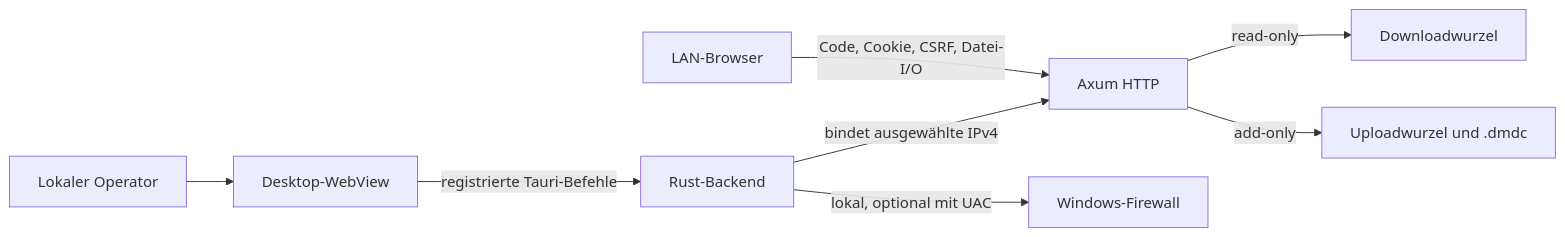
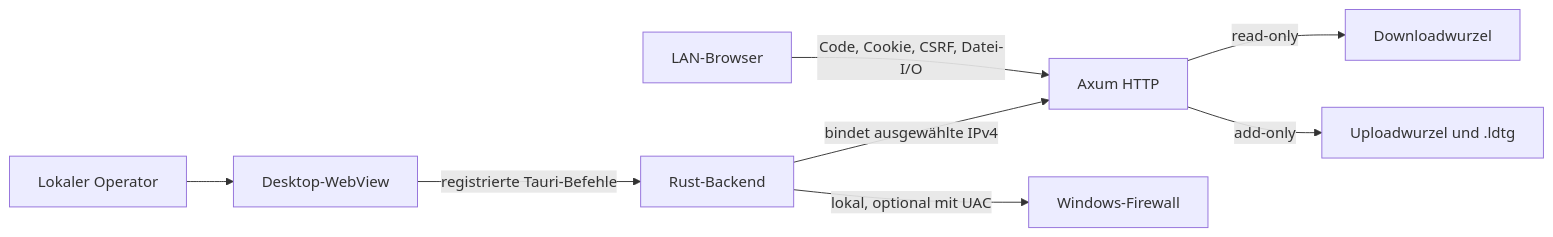
The diagram in docs/THREAT_MODEL.md (Kordariel666/LocalDeviceTransferGateway-LDTG), drawn with Mermaid before and after one commit. The commit also changed other lines of this file and 137 other files, not shown here.

````diff
--- a/docs/THREAT_MODEL.md
+++ b/docs/THREAT_MODEL.md
@@ -22,10 +22,10 @@
 ```mermaid
 flowchart LR
     O[Lokaler Operator] --> D[Desktop-WebView]
     D -->|registrierte Tauri-Befehle| B[Rust-Backend]
     B -->|bindet ausgewählte IPv4| H[Axum HTTP]
     M[LAN-Browser] -->|Code, Cookie, CSRF, Datei-I/O| H
     H -->|read-only| R[Downloadwurzel]
-    H -->|add-only| U[Uploadwurzel und .dmdc]
+    H -->|add-only| U[Uploadwurzel und .ldtg]
     B -->|lokal, optional mit UAC| F[Windows-Firewall]
 ```
````
